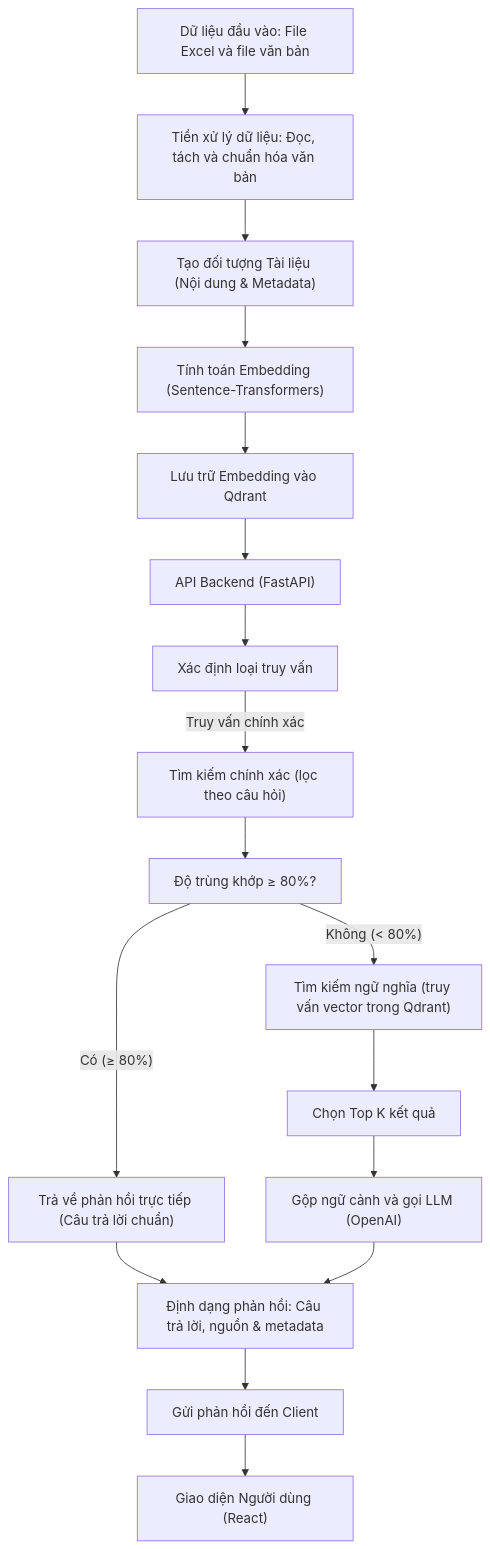
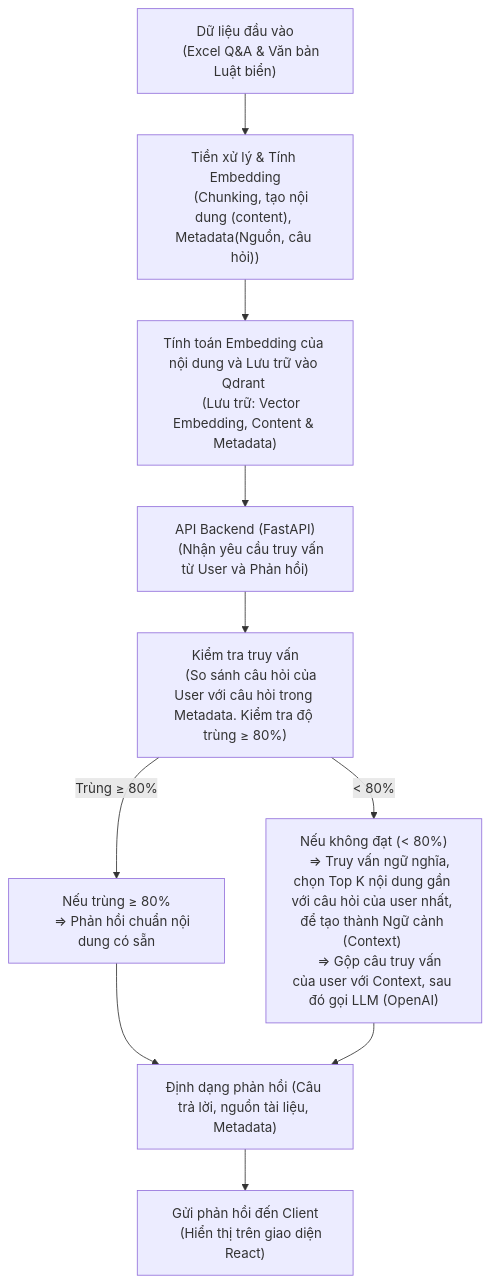
Before and after one commit to DoanNgocCuong/MiniProj_RAG3.2_RAG6_LegalChatbot_16032025: the diagram in README.md, drawn with Mermaid. The commit also changed 3 other files, not shown here.

Commit message:
update Flowchart MERMAID BẰNG TAY cho chuẩn hơn

````diff
--- a/README.md
+++ b/README.md
@@ -35,37 +35,33 @@
 ```mermaid
 flowchart TD
-    A["Dữ liệu đầu vào: File Excel và file văn bản"]
-    B["Tiền xử lý dữ liệu: Đọc, tách và chuẩn hóa văn bản"]
-    C["Tạo đối tượng Tài liệu (Nội dung & Metadata)"]
-    D["Tính toán Embedding (Sentence-Transformers)"]
-    E["Lưu trữ Embedding vào Qdrant"]
-    F["API Backend (FastAPI)"]
-    G["Xác định loại truy vấn"]
-    H["Tìm kiếm chính xác (lọc theo câu hỏi)"]
-    I["Độ trùng khớp ≥ 80%?"]
-    J["Trả về phản hồi trực tiếp (Câu trả lời chuẩn)"]
-    K["Tìm kiếm ngữ nghĩa (truy vấn vector trong Qdrant)"]
-    L["Chọn Top K kết quả"]
-    M["Gộp ngữ cảnh và gọi LLM (OpenAI)"]
-    N["Định dạng phản hồi: Câu trả lời, nguồn & metadata"]
-    O["Gửi phản hồi đến Client"]
-    P["Giao diện Người dùng (React)"]
+    A["Dữ liệu đầu vào
+    (Excel Q&A & Văn bản Luật biển)"]
+    B["Tiền xử lý & Tính Embedding
+    (Chunking, tạo nội dung (content), Metadata(Nguồn, câu hỏi))"]
+    C["Tính toán Embedding của nội dung và Lưu trữ vào Qdrant 
+    (Lưu trữ: Vector Embedding, Content & Metadata)"]
+    D["API Backend (FastAPI)
+    (Nhận yêu cầu truy vấn từ User và Phản hồi)"]
+    E["Kiểm tra truy vấn
+    (So sánh câu hỏi của User với câu hỏi trong Metadata. Kiểm tra độ trùng ≥ 80%)"]
+    F["Nếu trùng ≥ 80%
+    => Phản hồi chuẩn nội dung có sẵn"]
+    G["Nếu không đạt (< 80%)
+    => Truy vấn ngữ nghĩa, chọn Top K nội dung gần với câu hỏi của user nhất, để tạo thành Ngữ cảnh (Context) 
+    => Gộp câu truy vấn của user với Context, sau đó gọi LLM (OpenAI)"]
+    H["Định dạng phản hồi (Câu trả lời, nguồn tài liệu, Metadata)"]
+    I["Gửi phản hồi đến Client
+    (Hiển thị trên giao diện React)"]
 
     A --> B
     B --> C
     C --> D
     D --> E
-    E --> F
-    F --> G
-    G -- "Truy vấn chính xác" --> H
+    E -- "Trùng ≥ 80%" --> F
+    E -- "< 80%" --> G
+    F --> H
+    G --> H
     H --> I
-    I -- "Có (≥ 80%)" --> J
-    I -- "Không (< 80%)" --> K
-    K --> L
-    L --> M
-    J --> N
-    M --> N
-    N --> O
-    O --> P
+
 
 ```
````
